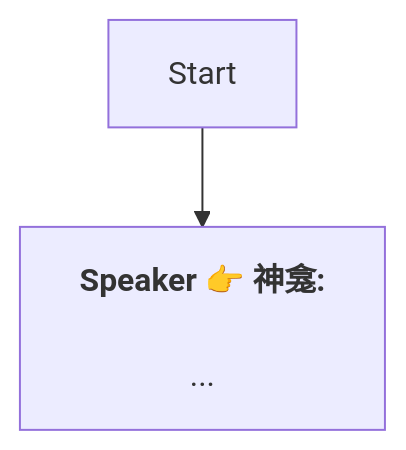
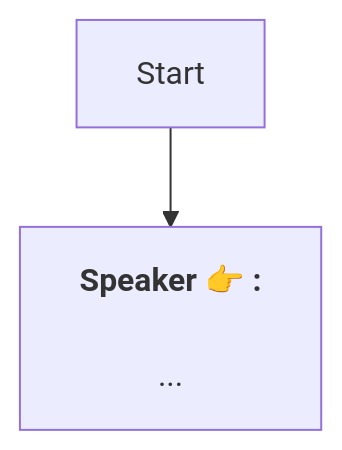
One commit to SoftHu/tos_avg changed the diagram in Zh/Shrine.md. Above: the diagram before and after it, drawn with Mermaid. The commit also changed 737 other files, not shown here.

````diff
--- a/Zh/Shrine.md
+++ b/Zh/Shrine.md
@@ -1,7 +1,6 @@
 ```mermaid
 graph
-Start -->1741544066898150[<b>Speaker 👉 神龛:</b>
+Start -->1741544066898150[<b>Speaker 👉 :</b>
+\n...]
 
-...]
-
- ```
+```
````
